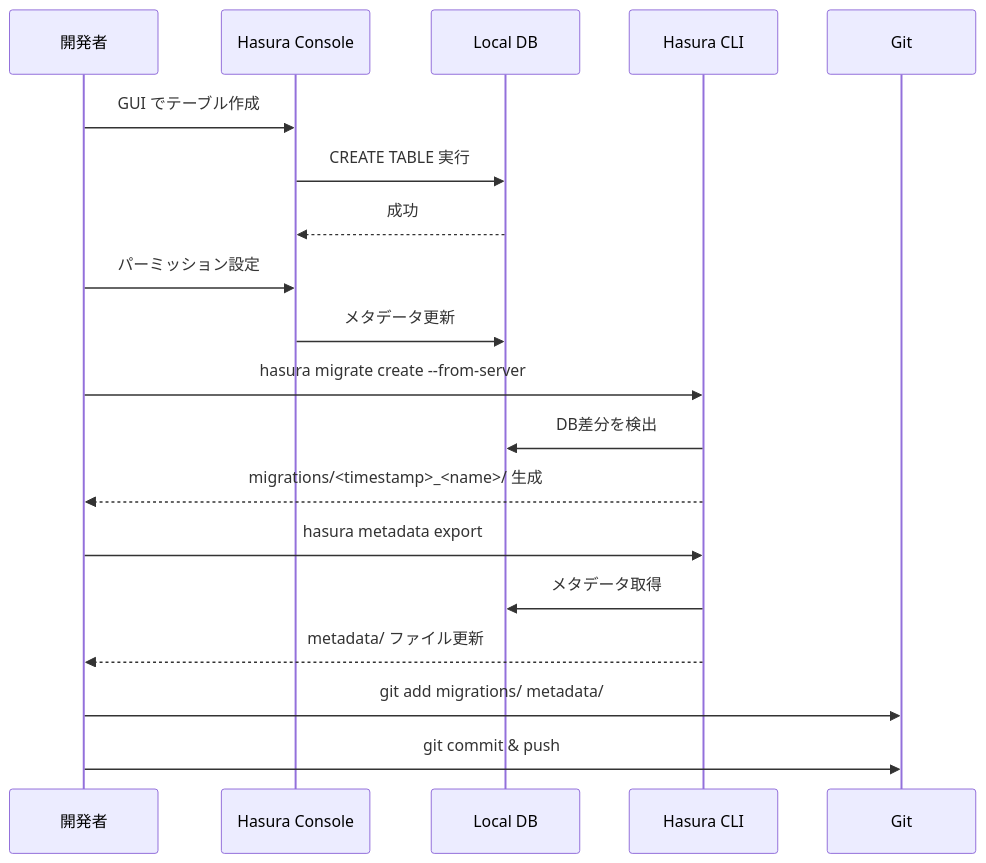
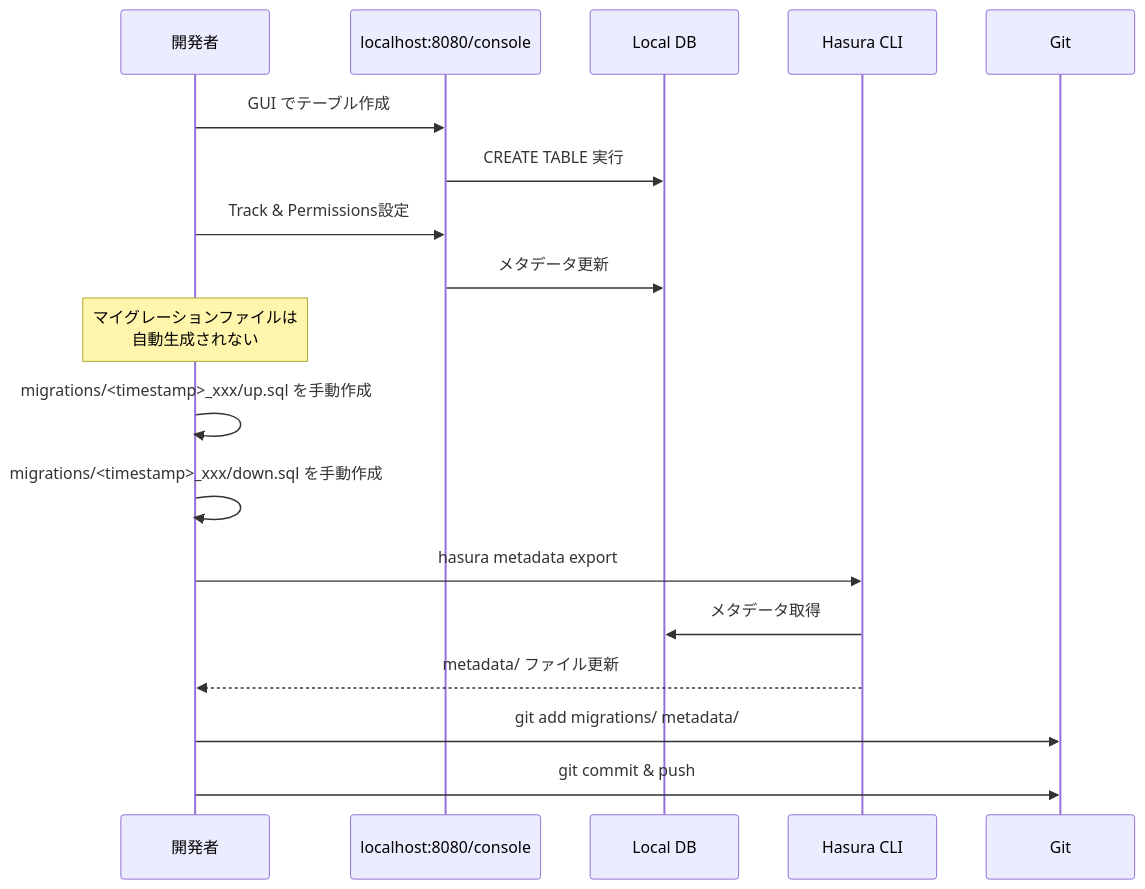
One commit to pipo3944/hasura_neon_firebase_flutter changed the third of 3 diagrams in docs/development-flow.md. Above: the diagram before and after it, drawn with Mermaid. The commit also changed other lines of this file and 6 other files, not shown here.

````diff
--- a/docs/development-flow.md
+++ b/docs/development-flow.md
@@ -85,26 +304,26 @@
 ```mermaid
 sequenceDiagram
     participant Dev as 開発者
-    participant Console as Hasura Console
+    participant Console as localhost:8080/console
     participant DB as Local DB
     participant CLI as Hasura CLI
     participant Git
 
     Dev->>Console: GUI でテーブル作成
     Console->>DB: CREATE TABLE 実行
-    DB-->>Console: 成功
 
-    Dev->>Console: パーミッション設定
+    Dev->>Console: Track & Permissions設定
     Console->>DB: メタデータ更新
 
-    Dev->>CLI: hasura migrate create --from-server
-    CLI->>DB: DB差分を検出
-    CLI-->>Dev: migrations/<timestamp>_<name>/ 生成
+    Note over Dev: マイグレーションファイルは<br/>自動生成されない
+
+    Dev->>Dev: migrations/<timestamp>_xxx/up.sql を手動作成
+    Dev->>Dev: migrations/<timestamp>_xxx/down.sql を手動作成
 
     Dev->>CLI: hasura metadata export
     CLI->>DB: メタデータ取得
     CLI-->>Dev: metadata/ ファイル更新
 
     Dev->>Git: git add migrations/ metadata/
     Dev->>Git: git commit & push
 ```
````
